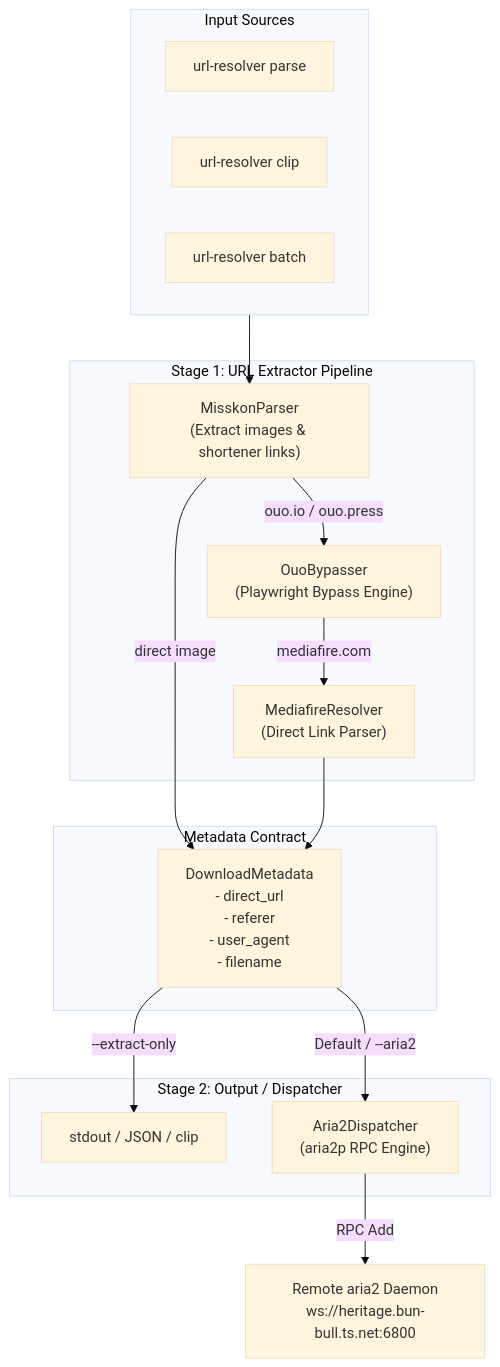
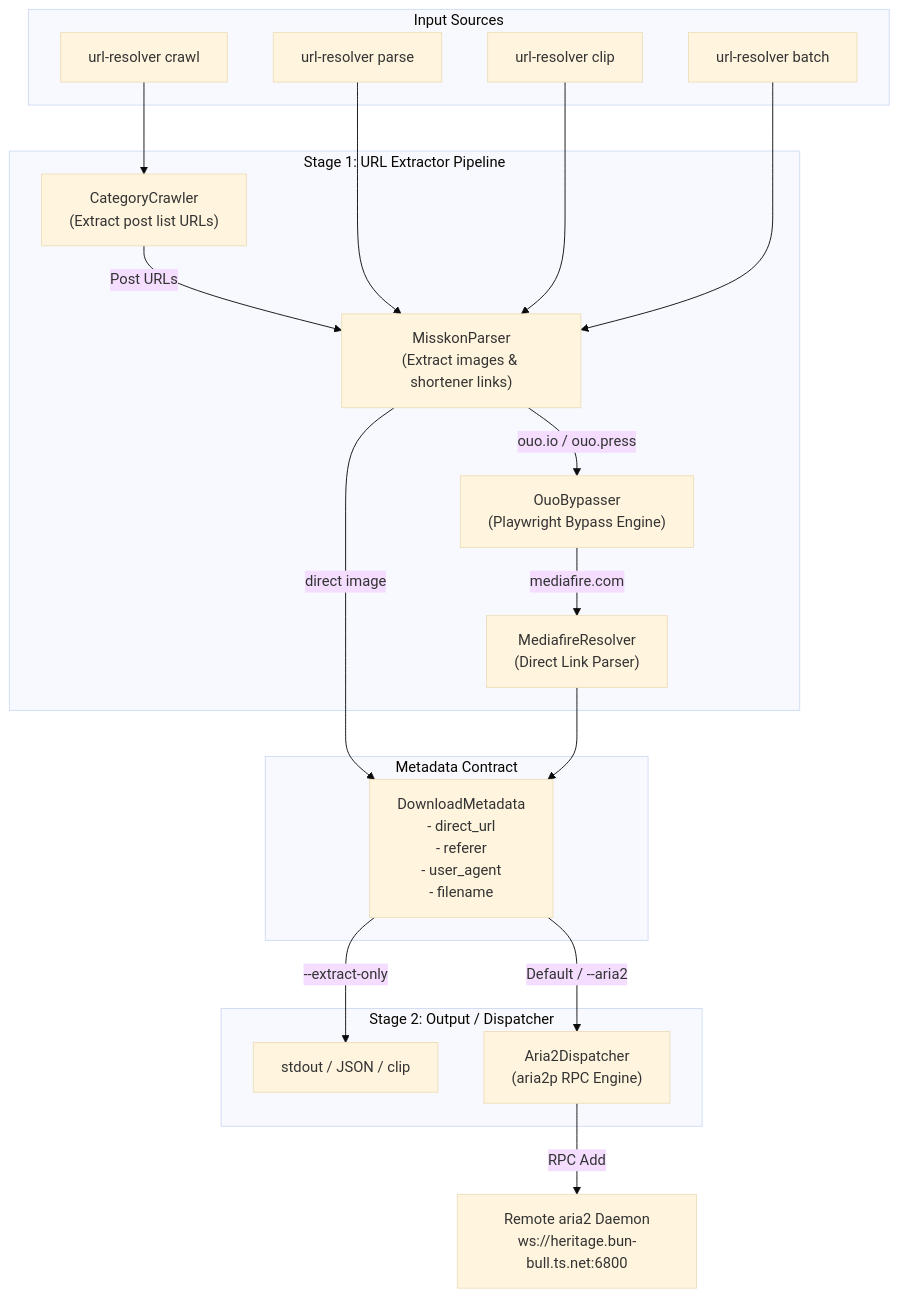
One commit to deuxksy/Meridian-X changed the diagram in docs/superpowers/specs/2026-08-09-url-resolver-design.md. Above: the diagram before and after it, drawn with Mermaid (base theme). The commit also changed other lines of this file, not shown here.

Commit message:
docs: add crawl feature to url-resolver design spec

````diff
--- a/docs/superpowers/specs/2026-08-09-url-resolver-design.md
+++ b/docs/superpowers/specs/2026-08-09-url-resolver-design.md
@@ -29,33 +29,40 @@
 ```mermaid
 flowchart TD
     subgraph Inputs ["Input Sources"]
-        CLI_URL["url-resolver parse <URL>"]
+        CLI_URL["url-resolver parse <Post_URL>"]
+        CLI_CRAWL["url-resolver crawl <Category_URL>"]
         CLI_CLIP["url-resolver clip"]
         CLI_BATCH["url-resolver batch <file.txt>"]
     end
 
     subgraph Pipeline ["Stage 1: URL Extractor Pipeline"]
+        CategoryCrawler["CategoryCrawler<br/>(Extract post list URLs)"]
         Misskon["MisskonParser<br/>(Extract images & shortener links)"]
         Ouo["OuoBypasser<br/>(Playwright Bypass Engine)"]
         Mediafire["MediafireResolver<br/>(Direct Link Parser)"]
     end
 
     subgraph DataContract ["Metadata Contract"]
         MetaObj["DownloadMetadata<br/>- direct_url<br/>- referer<br/>- user_agent<br/>- filename"]
     end
 
     subgraph Dispatch ["Stage 2: Output / Dispatcher"]
         STDOUT["stdout / JSON / clip"]
         Aria2Sender["Aria2Dispatcher<br/>(aria2p RPC Engine)"]
     end
 
-    Inputs --> Misskon
+    CLI_CRAWL --> CategoryCrawler
+    CategoryCrawler -->|Post URLs| Misskon
+    CLI_URL --> Misskon
+    CLI_CLIP --> Misskon
+    CLI_BATCH --> Misskon
+
     Misskon -->|ouo.io / ouo.press| Ouo
     Ouo -->|mediafire.com| Mediafire
     Misskon -->|direct image| MetaObj
     Mediafire --> MetaObj
     
     MetaObj -->|--extract-only| STDOUT
     MetaObj -->|Default / --aria2| Aria2Sender
     Aria2Sender -->|RPC Add| Daemon["Remote aria2 Daemon<br/>ws://heritage.bun-bull.ts.net:6800"]
 ```
````
